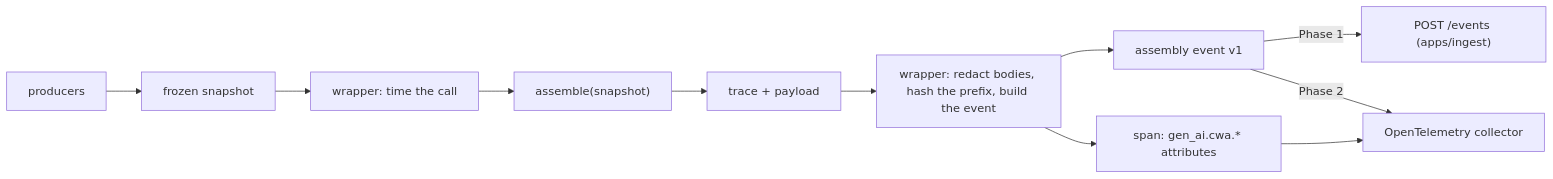
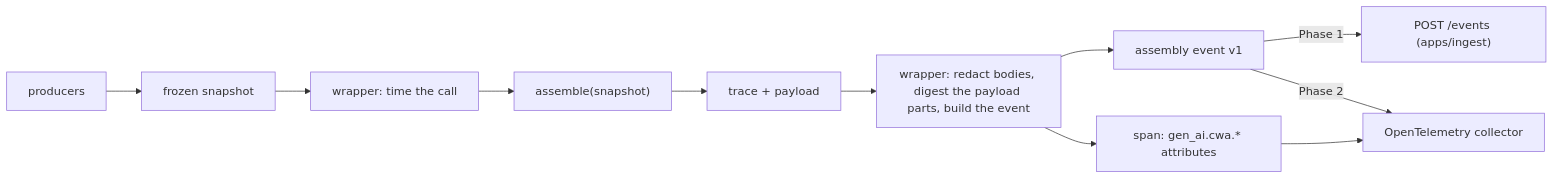
One commit to contextwindowarchitecture/dashboard changed the diagram in docs/otel-semantic-conventions.md. Above: the diagram before and after it, drawn with Mermaid. The commit also changed other lines of this file and 8 other files, not shown here.

First line of the commit message:
feat(telemetry): record the payload's delimited parts instead of a prefix

````diff
--- a/docs/otel-semantic-conventions.md
+++ b/docs/otel-semantic-conventions.md
@@ -7,13 +7,13 @@
 ```mermaid
 flowchart LR
   P[producers] --> S[frozen snapshot]
   S --> W["wrapper: time the call"]
   W --> A["assemble(snapshot)"]
   A --> T[trace + payload]
-  T --> W2["wrapper: redact bodies, hash the prefix, build the event"]
+  T --> W2["wrapper: redact bodies, digest the payload parts, build the event"]
   W2 --> E["assembly event v1"]
   W2 --> SP["span: gen_ai.cwa.* attributes"]
   E -->|Phase 1| I["POST /events (apps/ingest)"]
   E -->|Phase 2| C[OpenTelemetry collector]
   SP --> C
 ```
````
